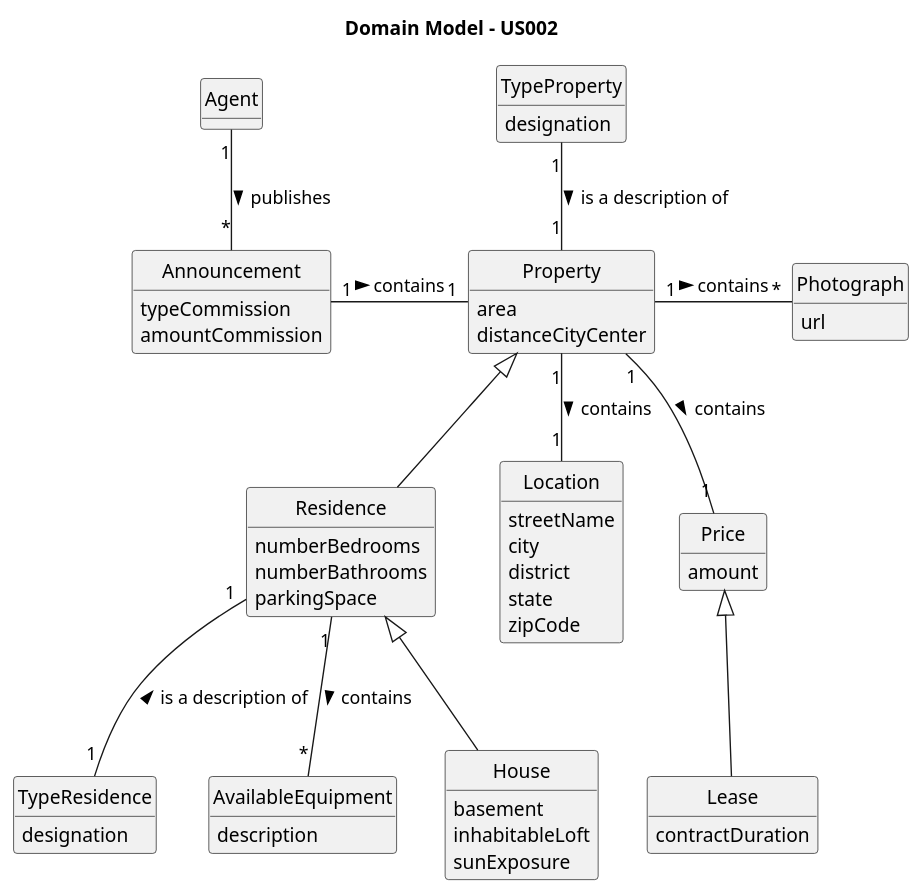
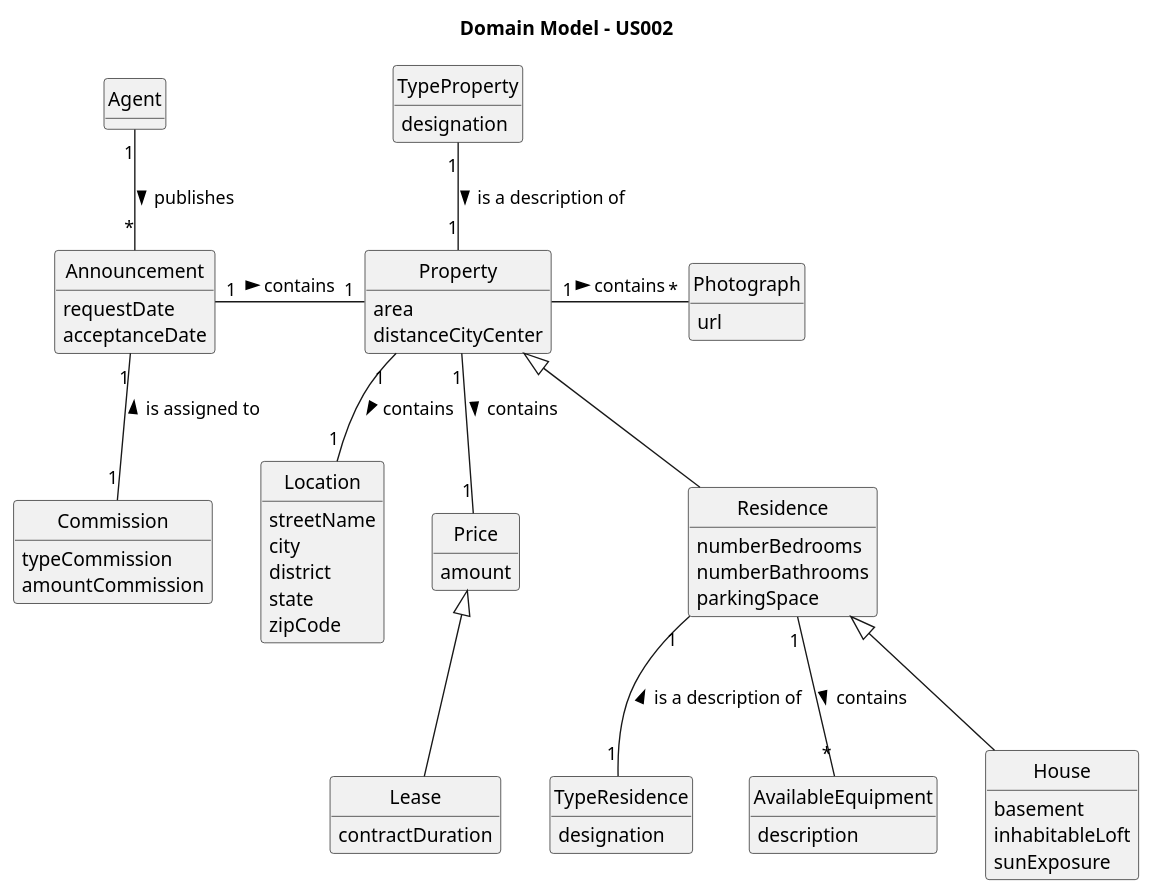
One commit to rita-barbosa/LAPR2-2223 changed the diagram in docs/sprintA/us002/02.analysis/puml/us002-domain-model.puml. Above: the diagram before and after it, drawn with PlantUML. The commit also changed 1 other file, not shown here.

Commit message:
Add class Commission [US-02][Analysis]

```diff
--- a/docs/sprintA/us002/02.analysis/puml/us002-domain-model.puml
+++ b/docs/sprintA/us002/02.analysis/puml/us002-domain-model.puml
@@ -1,76 +1,82 @@
 @startuml
 skinparam monochrome true
 skinparam packageStyle rectangle
 skinparam shadowing false
 
 'left to right direction
 
 skinparam classAttributeIconSize 0
 
 hide circle
 hide methods
 
 title Domain Model - US002
 
 
 class Announcement {
- typeCommission
- amountCommission
+requestDate
+acceptanceDate
 }
+class Commission {
+typeCommission
+amountCommission
+}
+
 class Property{
  area
  distanceCityCenter
 }
 
 class Residence{
  numberBedrooms
  numberBathrooms
  parkingSpace
 }
 class House{
  basement
  inhabitableLoft
  sunExposure
 }
 class TypeProperty{
 designation
 }
 class TypeResidence{
 designation
 }
 class Photograph{
 url
 }
 class Location{
 streetName
 city
 district
 state
 zipCode
 }
 class Price{
 amount
 }
 class Lease{
 contractDuration
 }
 class Agent {
 }
 class AvailableEquipment{
 description
 }
 
 
 Agent "1" -- "*" Announcement: publishes >
 Announcement "1" - "1" Property: contains >
 TypeProperty "1" -- "1" Property: is a description of >
 Residence -up-|> Property
 TypeResidence "1" -up- "1" Residence: is a description of >
 House -up-|> Residence
 Property "1" - "*" Photograph: contains >
 Property "1"--"1" Location: contains >
 Property "1" -- "1" Price: contains >
 Price <|-- Lease
 Residence "1" -- "*"AvailableEquipment: contains >
+Announcement "1" -- "1" Commission: is assigned to <
 
 @enduml
```
